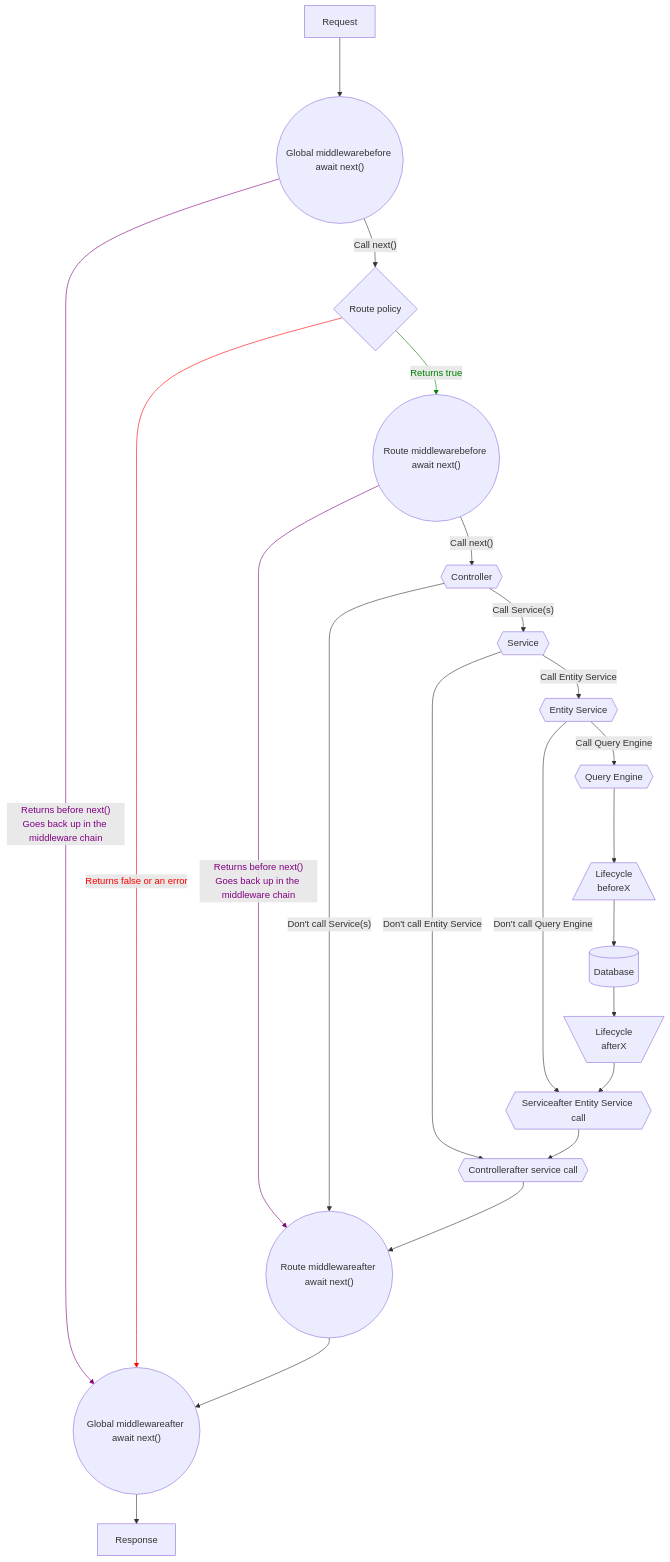
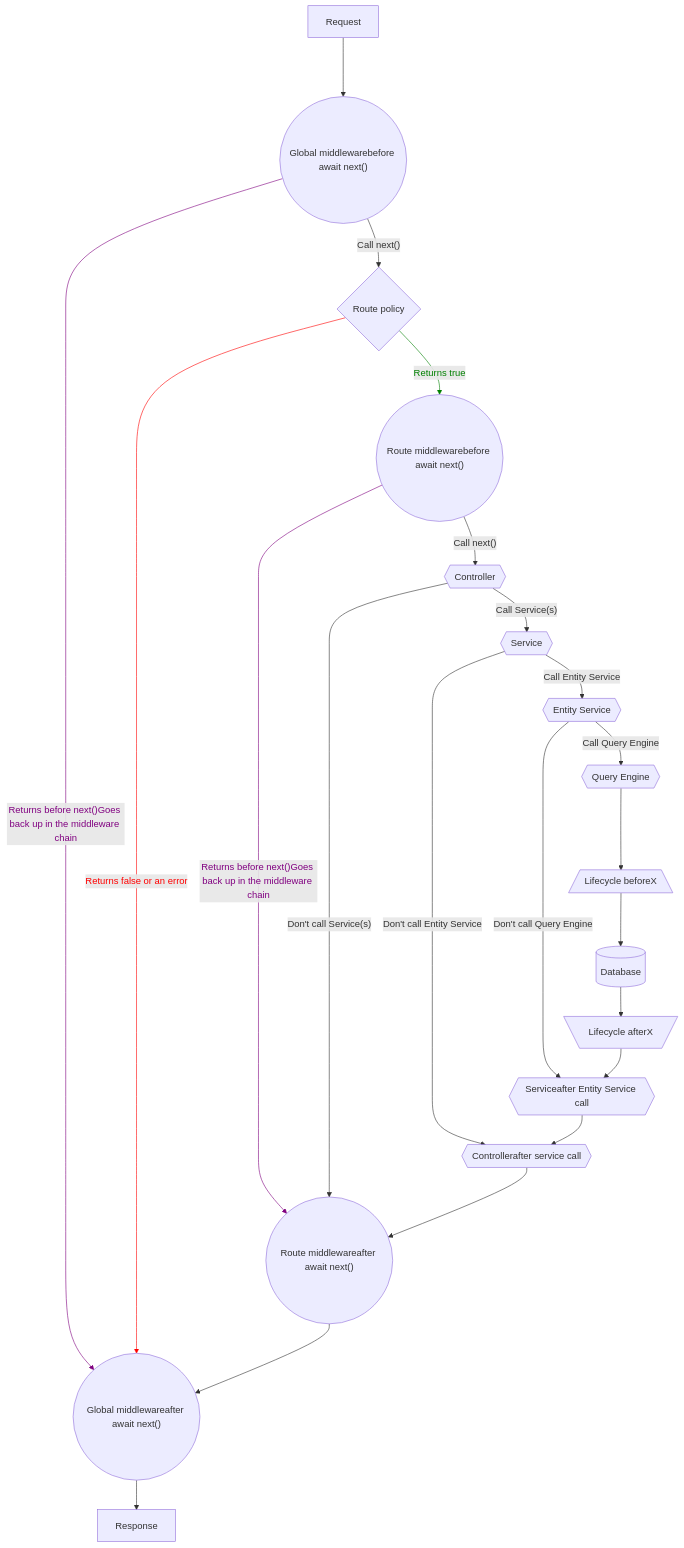
The diagram in docs/strapi/plugins/guides/backend-customization.md (teabagging/CMS), drawn with Mermaid before and after one commit. The commit also changed 45 other files, not shown here.

````diff
--- a/docs/strapi/plugins/guides/backend-customization.md
+++ b/docs/strapi/plugins/guides/backend-customization.md
@@ -53,44 +53,44 @@
 ```mermaid
 graph TB
     request[Request] ---> globalMiddlewareA(("Global middlewarebefore await next()"))
     globalMiddlewareA --"Call next()"--> routePolicy{Route policy}
-    globalMiddlewareA --"Returns before next()<br>Goes back up in the middleware chain"-->globalMiddlewareB
+    globalMiddlewareA --"Returns before next()Goes back up in the middleware chain"-->globalMiddlewareB
     routePolicy --Returns true--> routeMiddlewareA(("Route middlewarebefore await next()"))
     routePolicy --Returns false or an error-->globalMiddlewareB
-    routeMiddlewareA --"Returns before next()<br>Goes back up in the middleware chain"-->routeMiddlewareB
+    routeMiddlewareA --"Returns before next()Goes back up in the middleware chain"-->routeMiddlewareB
     routeMiddlewareA --"Call next()"--> controllerA{{Controller}}
     controllerA --"Call Service(s)"--> serviceA{{Service}}
     controllerA --"Don't call Service(s)" --> routeMiddlewareB
     serviceA --"Call Entity Service" --> entityService{{Entity Service}}
     serviceA --"Don't call Entity Service" --> controllerB
     entityService --"Call Query Engine"--> queryEngine{{Query Engine}}
     entityService --"Don't call Query Engine" --> serviceB
-    queryEngine --> lifecyclesBefore[/Lifecycle<br> beforeX\] 
-    lifecyclesBefore[/Lifecycle<br> beforeX\] --> database[(Database)]
-    database --> lifecyclesAfter[\Lifecycle<br> afterX/]
+    queryEngine --> lifecyclesBefore[/Lifecycle beforeX\] 
+    lifecyclesBefore[/Lifecycle beforeX\] --> database[(Database)]
+    database --> lifecyclesAfter[\Lifecycle afterX/]
     lifecyclesAfter --> serviceB{{"Serviceafter Entity Service call"}}
     serviceB --> controllerB{{"Controllerafter service call"}}
     controllerB --> routeMiddlewareB(("Route middlewareafter await next()"))
     routeMiddlewareB --> globalMiddlewareB(("Global middlewareafter await next()"))
     globalMiddlewareB --> response[Response]
     linkStyle 3 stroke:green,color:green
     linkStyle 4 stroke:red,color:red
     linkStyle 2 stroke:purple,color:purple
     linkStyle 5 stroke:purple,color:purple
     click request "/dev-docs/backend-customization/requests-responses"
     click globalMiddlewareA "/dev-docs/backend-customization/middlewares"
     click globalMiddlewareB "/dev-docs/backend-customization/middlewares"
     click routePolicy "/dev-docs/backend-customization/routes"
     click routeMiddlewareA "/dev-docs/backend-customization/routes"
     click routeMiddlewareB "/dev-docs/backend-customization/routes"
     click controllerA "/dev-docs/backend-customization/controllers"
     click controllerB "/dev-docs/backend-customization/controllers"
     click serviceA "/dev-docs/backend-customization/services"
     click serviceB "/dev-docs/backend-customization/services"
     click entityService "/dev-docs/api/entity-service/"
     click lifecyclesBefore "/dev-docs/backend-customization/models#lifecycle-hooks"
     click queryEngine "/dev-docs/api/query-engine/"
     click lifecyclesAfter "/dev-docs/backend-customization/models#lifecycle-hooks"
     click response "/dev-docs/backend-customization/requests-responses"
     click queryEngine "/dev-docs/api/query-engine"
 ```
````
